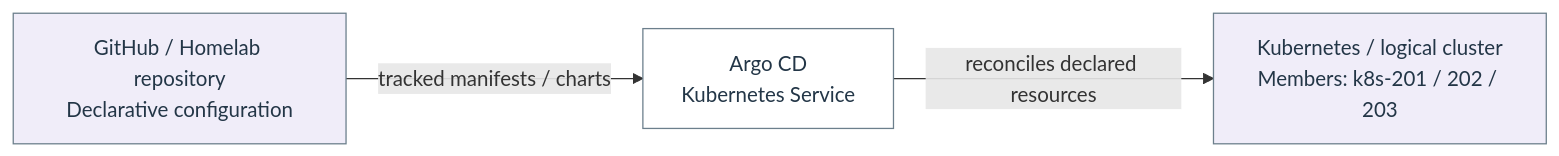
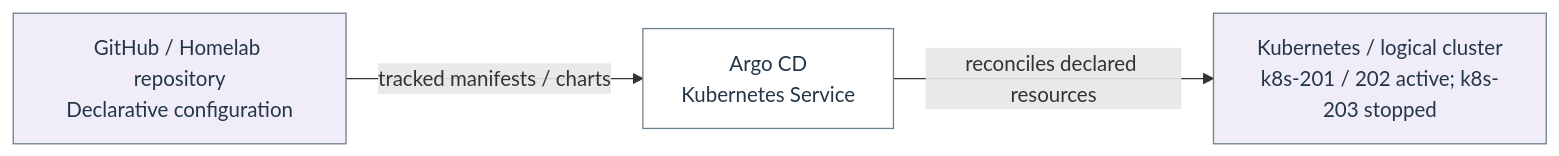
Diagram 15 of 22 in docs/architecture/homelab-mermaid.md (Harsh-2002/Homelab), drawn with Mermaid before and after one commit. The commit also changed other lines of this file and 49 other files, not shown here.

````diff
--- a/docs/architecture/homelab-mermaid.md
+++ b/docs/architecture/homelab-mermaid.md
@@ -505,12 +505,12 @@
 ```mermaid
 flowchart LR
   n_flow_17_0["GitHub / Homelab repository<br/>Declarative configuration"]
   n_flow_17_1["Argo CD<br/>Kubernetes Service"]
-  n_flow_17_2["Kubernetes / logical cluster<br/>Members: k8s-201 / 202 / 203"]
+  n_flow_17_2["Kubernetes / logical cluster<br/>k8s-201 / 202 active; k8s-203 stopped"]
   n_flow_17_0 -->|"tracked manifests / charts"| n_flow_17_1
   n_flow_17_1 -->|"reconciles declared resources"| n_flow_17_2
   classDef c_flow_17_0 fill:#f0edf9,stroke:#6c7f8c,color:#233647;
   class n_flow_17_0,n_flow_17_2 c_flow_17_0;
   classDef c_flow_17_1 fill:#ffffff,stroke:#6c7f8c,color:#233647;
   class n_flow_17_1 c_flow_17_1;
 ```
````
